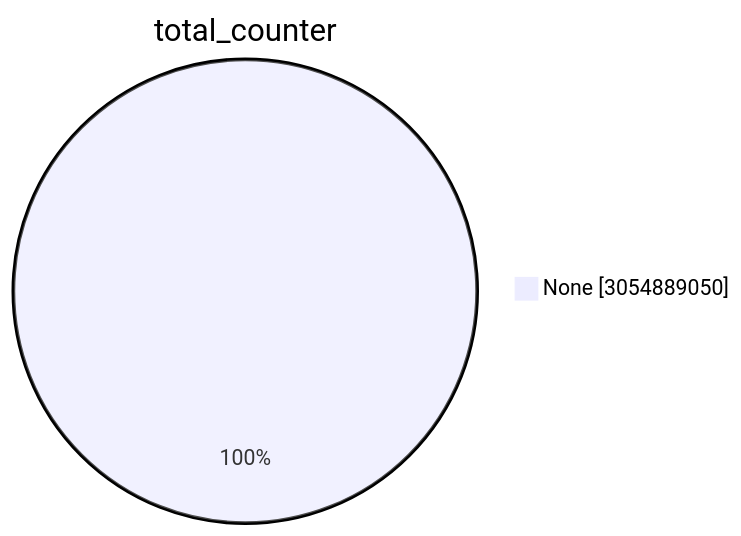
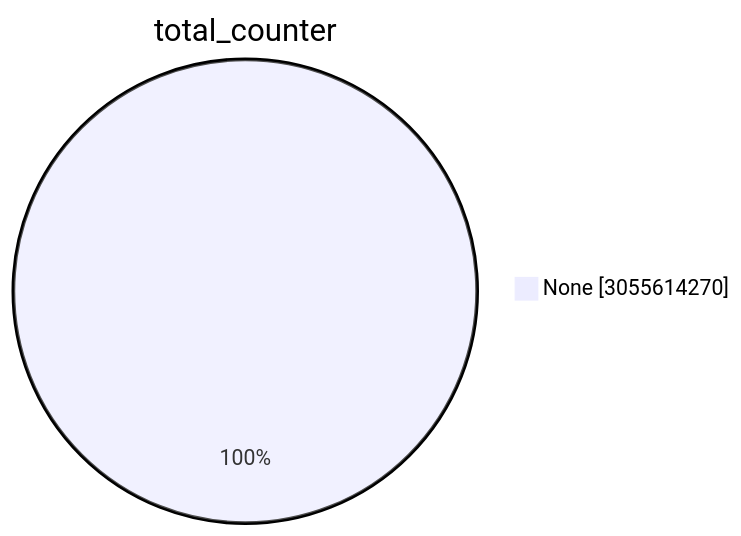
Before and after one commit to christiankrug/ctmonitor_visualization: the first of 15 diagrams in TOTAL/README.md, drawn with Mermaid. The commit also changed other lines of this file, not shown here.

````diff
--- a/TOTAL/README.md
+++ b/TOTAL/README.md
@@ -1,5 +1,5 @@
 ```mermaid
 pie showData
 title total_counter
-"None" :3054889050
+"None" :3055614270
 ```
````
